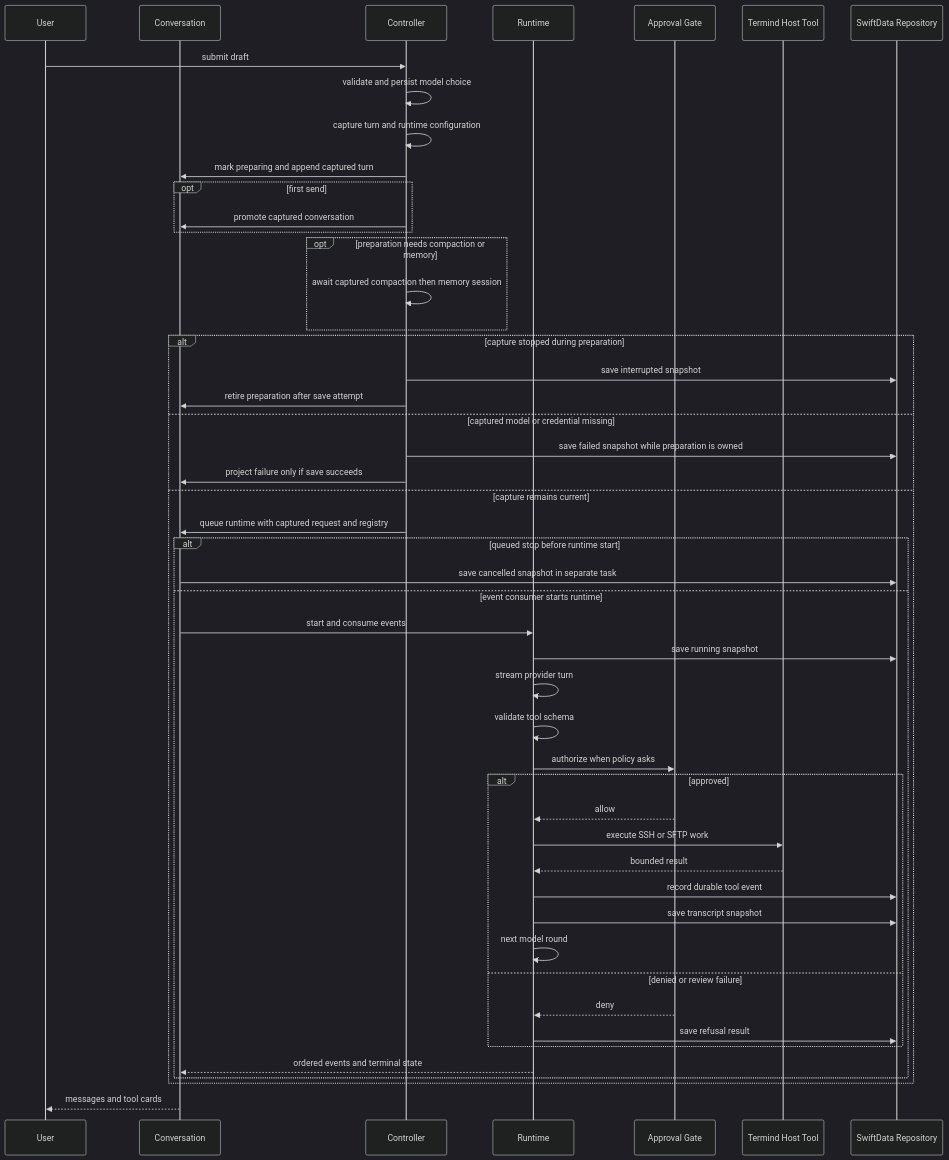
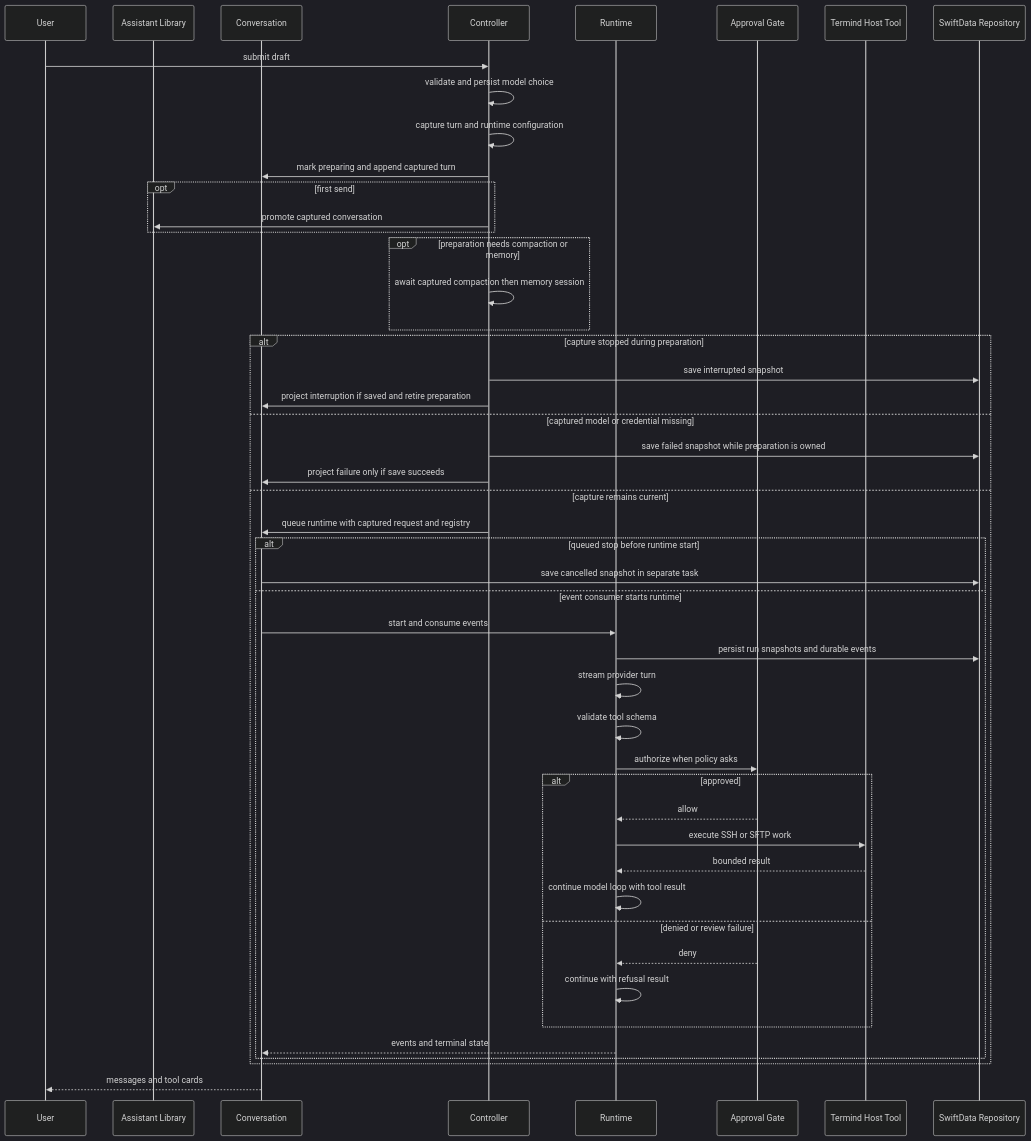
Before and after one commit to AkinoKaede/Termind: the first of 3 diagrams in openwiki/concepts/agent-runtime-and-assistant.md, drawn with Mermaid (dark theme). The commit also changed other lines of this file and 51 other files, not shown here.

````diff
--- a/openwiki/concepts/agent-runtime-and-assistant.md
+++ b/openwiki/concepts/agent-runtime-and-assistant.md
@@ -150,52 +144,51 @@
 ```mermaid
 sequenceDiagram
     participant User
+    participant Library as Assistant Library
     participant Conversation
     participant Controller
     participant Runtime
     participant Gate as Approval Gate
     participant Host as Termind Host Tool
     participant Store as SwiftData Repository
 
     User->>Controller: submit draft
     Controller->>Controller: validate and persist model choice
     Controller->>Controller: capture turn and runtime configuration
     Controller->>Conversation: mark preparing and append captured turn
     opt first send
-        Controller->>Conversation: promote captured conversation
+        Controller->>Library: promote captured conversation
     end
     opt preparation needs compaction or memory
         Controller->>Controller: await captured compaction then memory session
     end
     alt capture stopped during preparation
         Controller->>Store: save interrupted snapshot
-        Controller->>Conversation: retire preparation after save attempt
+        Controller->>Conversation: project interruption if saved and retire preparation
     else captured model or credential missing
         Controller->>Store: save failed snapshot while preparation is owned
         Controller->>Conversation: project failure only if save succeeds
     else capture remains current
         Controller->>Conversation: queue runtime with captured request and registry
         alt queued stop before runtime start
             Conversation->>Store: save cancelled snapshot in separate task
         else event consumer starts runtime
             Conversation->>Runtime: start and consume events
-            Runtime->>Store: save running snapshot
+            Runtime->>Store: persist run snapshots and durable events
             Runtime->>Runtime: stream provider turn
             Runtime->>Runtime: validate tool schema
             Runtime->>Gate: authorize when policy asks
             alt approved
                 Gate-->>Runtime: allow
                 Runtime->>Host: execute SSH or SFTP work
                 Host-->>Runtime: bounded result
-                Runtime->>Store: record durable tool event
-                Runtime->>Store: save transcript snapshot
-                Runtime->>Runtime: next model round
+                Runtime->>Runtime: continue model loop with tool result
             else denied or review failure
                 Gate-->>Runtime: deny
-                Runtime->>Store: save refusal result
+                Runtime->>Runtime: continue with refusal result
             end
-            Runtime-->>Conversation: ordered events and terminal state
+            Runtime-->>Conversation: events and terminal state
         end
     end
     Conversation-->>User: messages and tool cards
 ```
````
